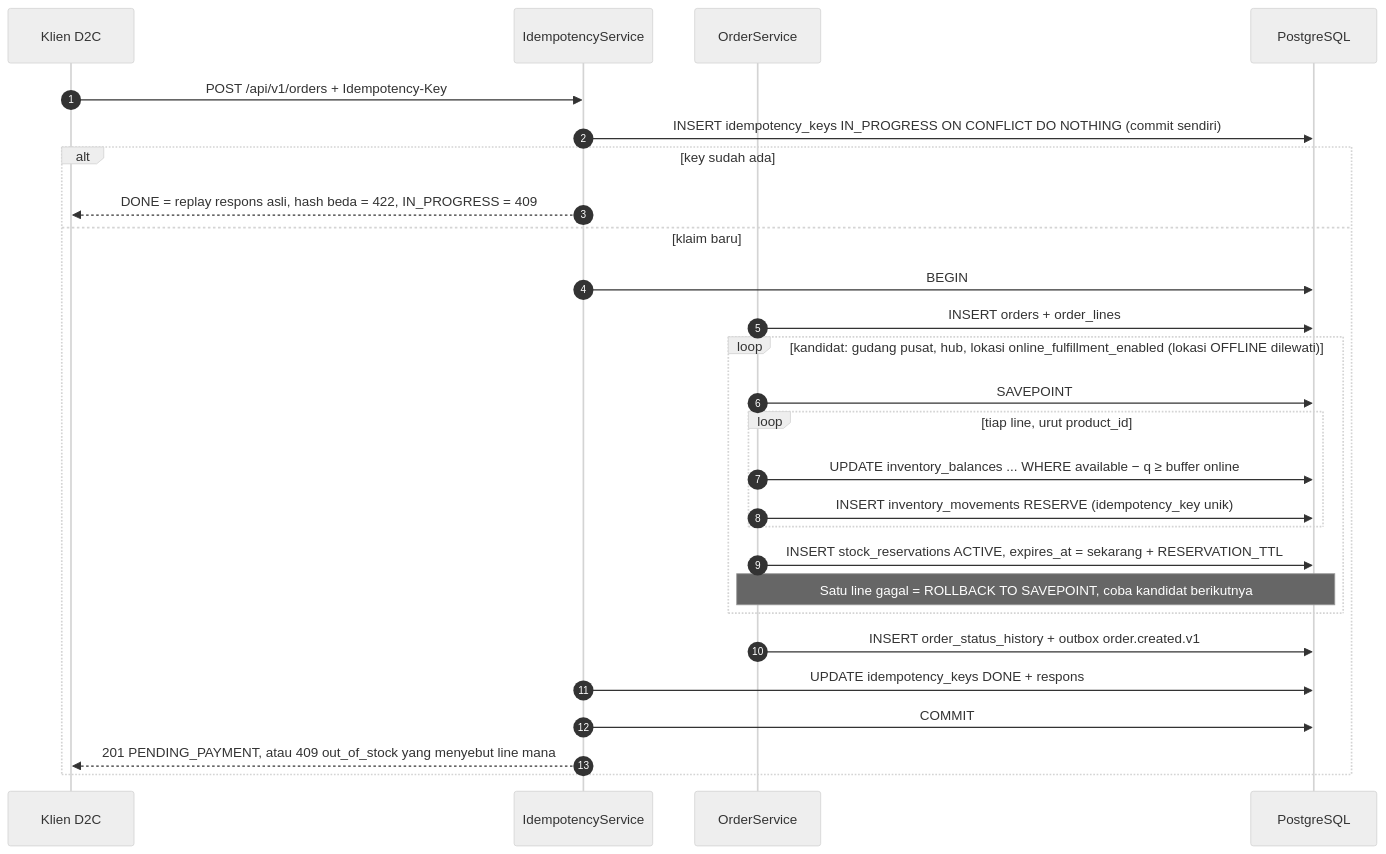
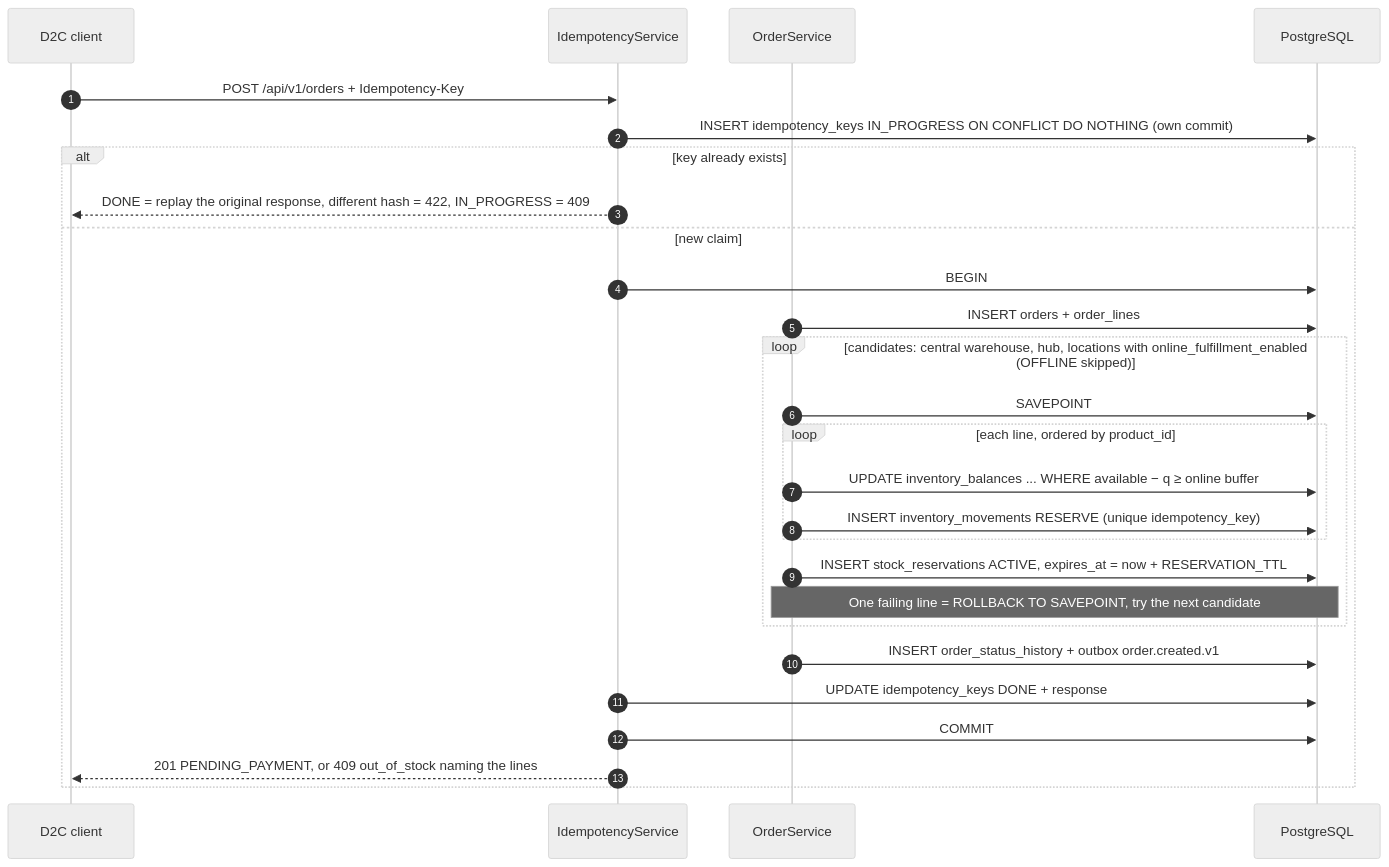
Before and after one commit to mydisha/mganik: the fourth of 9 diagrams in ARCHITECTURE.md, drawn with Mermaid (neutral theme). The commit also changed other lines of this file and 4 other files, not shown here.

````diff
--- a/ARCHITECTURE.md
+++ b/ARCHITECTURE.md
@@ -248,29 +256,29 @@
 ```mermaid
 sequenceDiagram
   autonumber
-  participant K as Klien D2C
+  participant K as D2C client
   participant I as IdempotencyService
   participant S as OrderService
   participant DB as PostgreSQL
   K->>I: POST /api/v1/orders + Idempotency-Key
-  I->>DB: INSERT idempotency_keys IN_PROGRESS ON CONFLICT DO NOTHING (commit sendiri)
-  alt key sudah ada
-    I-->>K: DONE = replay respons asli, hash beda = 422, IN_PROGRESS = 409
-  else klaim baru
+  I->>DB: INSERT idempotency_keys IN_PROGRESS ON CONFLICT DO NOTHING (own commit)
+  alt key already exists
+    I-->>K: DONE = replay the original response, different hash = 422, IN_PROGRESS = 409
+  else new claim
     I->>DB: BEGIN
     S->>DB: INSERT orders + order_lines
-    loop kandidat: gudang pusat, hub, lokasi online_fulfillment_enabled (lokasi OFFLINE dilewati)
+    loop candidates: central warehouse, hub, locations with online_fulfillment_enabled (OFFLINE skipped)
       S->>DB: SAVEPOINT
-      loop tiap line, urut product_id
-        S->>DB: UPDATE inventory_balances ... WHERE available − q ≥ buffer online
-        S->>DB: INSERT inventory_movements RESERVE (idempotency_key unik)
+      loop each line, ordered by product_id
+        S->>DB: UPDATE inventory_balances ... WHERE available − q ≥ online buffer
+        S->>DB: INSERT inventory_movements RESERVE (unique idempotency_key)
       end
-      S->>DB: INSERT stock_reservations ACTIVE, expires_at = sekarang + RESERVATION_TTL
-      Note over S,DB: Satu line gagal = ROLLBACK TO SAVEPOINT, coba kandidat berikutnya
+      S->>DB: INSERT stock_reservations ACTIVE, expires_at = now + RESERVATION_TTL
+      Note over S,DB: One failing line = ROLLBACK TO SAVEPOINT, try the next candidate
     end
     S->>DB: INSERT order_status_history + outbox order.created.v1
-    I->>DB: UPDATE idempotency_keys DONE + respons
+    I->>DB: UPDATE idempotency_keys DONE + response
     I->>DB: COMMIT
-    I-->>K: 201 PENDING_PAYMENT, atau 409 out_of_stock yang menyebut line mana
+    I-->>K: 201 PENDING_PAYMENT, or 409 out_of_stock naming the lines
   end
 ```
````
